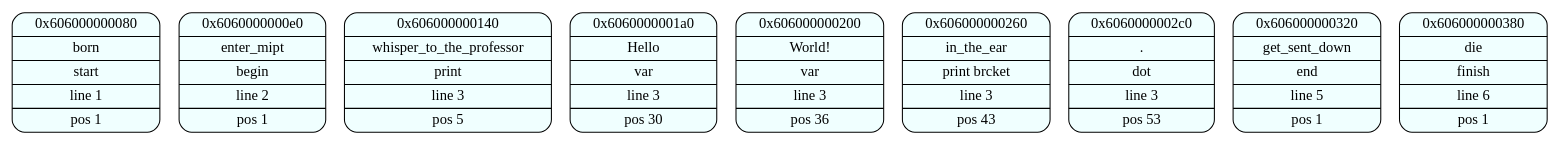
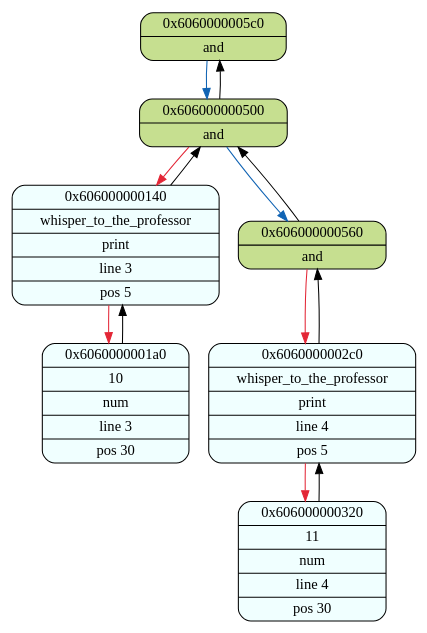
One commit to 2APetrin/MIPT_language changed the diagram in frontend/logs/log_graphviz.dot. Above: the diagram before and after it, drawn with Graphviz. The commit also changed 16 other files, not shown here.

```diff
--- a/frontend/logs/log_graphviz.dot
+++ b/frontend/logs/log_graphviz.dot
@@ -1,12 +1,22 @@
 digraph
 {
-    node_0x606000000080[shape = Mrecord, label = "{{0x606000000080} | {born} | {start} | {line 1} | {pos 1}}", style = "filled", fillcolor = "#F0FFFF    "];
-    node_0x6060000000e0[shape = Mrecord, label = "{{0x6060000000e0} | {enter_mipt} | {begin} | {line 2} | {pos 1}}", style = "filled", fillcolor = "#F0FFFF    "];
-    node_0x606000000140[shape = Mrecord, label = "{{0x606000000140} | {whisper_to_the_professor} | {print} | {line 3} | {pos 5}}", style = "filled", fillcolor = "#F0FFFF    "];
-    node_0x6060000001a0[shape = Mrecord, label = "{{0x6060000001a0} | {Hello} | {var} | {line 3} | {pos 30}}", style = "filled", fillcolor = "#F0FFFF    "];
-    node_0x606000000200[shape = Mrecord, label = "{{0x606000000200} | {World!} | {var} | {line 3} | {pos 36}}", style = "filled", fillcolor = "#F0FFFF    "];
-    node_0x606000000260[shape = Mrecord, label = "{{0x606000000260} | {in_the_ear} | {print brcket} | {line 3} | {pos 43}}", style = "filled", fillcolor = "#F0FFFF    "];
-    node_0x6060000002c0[shape = Mrecord, label = "{{0x6060000002c0} | {.} | {dot} | {line 3} | {pos 53}}", style = "filled", fillcolor = "#F0FFFF    "];
-    node_0x606000000320[shape = Mrecord, label = "{{0x606000000320} | {get_sent_down} | {end} | {line 5} | {pos 1}}", style = "filled", fillcolor = "#F0FFFF    "];
-    node_0x606000000380[shape = Mrecord, label = "{{0x606000000380} | {die} | {finish} | {line 6} | {pos 1}}", style = "filled", fillcolor = "#F0FFFF    "];
+    node_0x6060000005c0[shape = Mrecord, label = "{{0x6060000005c0} | {and}}", style = "filled", fillcolor = "#C6DF90"];
+    node_0x606000000500[shape = Mrecord, label = "{{0x606000000500} | {and}}", style = "filled", fillcolor = "#C6DF90"];
+    node_0x606000000140[shape = Mrecord, label = "{{0x606000000140} | {whisper_to_the_professor} | {print} | {line 3} | {pos 5}}", style = "filled", fillcolor = "#F0FFFF"];
+    node_0x6060000001a0[shape = Mrecord, label = "{{0x6060000001a0} | {10} | {num} | {line 3} | {pos 30}}", style = "filled", fillcolor = "#F0FFFF"];
+    node_0x606000000560[shape = Mrecord, label = "{{0x606000000560} | {and}}", style = "filled", fillcolor = "#C6DF90"];
+    node_0x6060000002c0[shape = Mrecord, label = "{{0x6060000002c0} | {whisper_to_the_professor} | {print} | {line 4} | {pos 5}}", style = "filled", fillcolor = "#F0FFFF"];
+    node_0x606000000320[shape = Mrecord, label = "{{0x606000000320} | {11} | {num} | {line 4} | {pos 30}}", style = "filled", fillcolor = "#F0FFFF"];
+    node_0x606000000500->node_0x6060000005c0 [color = "#000000"];
+    node_0x6060000005c0->node_0x606000000500 [color = "#1164B4"];
+    node_0x606000000140->node_0x606000000500 [color = "#000000"];
+    node_0x606000000500->node_0x606000000140 [color = "#E32636"];
+    node_0x6060000001a0->node_0x606000000140 [color = "#000000"];
+    node_0x606000000140->node_0x6060000001a0 [color = "#E32636"];
+    node_0x606000000560->node_0x606000000500 [color = "#000000"];
+    node_0x606000000500->node_0x606000000560 [color = "#1164B4"];
+    node_0x6060000002c0->node_0x606000000560 [color = "#000000"];
+    node_0x606000000560->node_0x6060000002c0 [color = "#E32636"];
+    node_0x606000000320->node_0x6060000002c0 [color = "#000000"];
+    node_0x6060000002c0->node_0x606000000320 [color = "#E32636"];
 }
```
